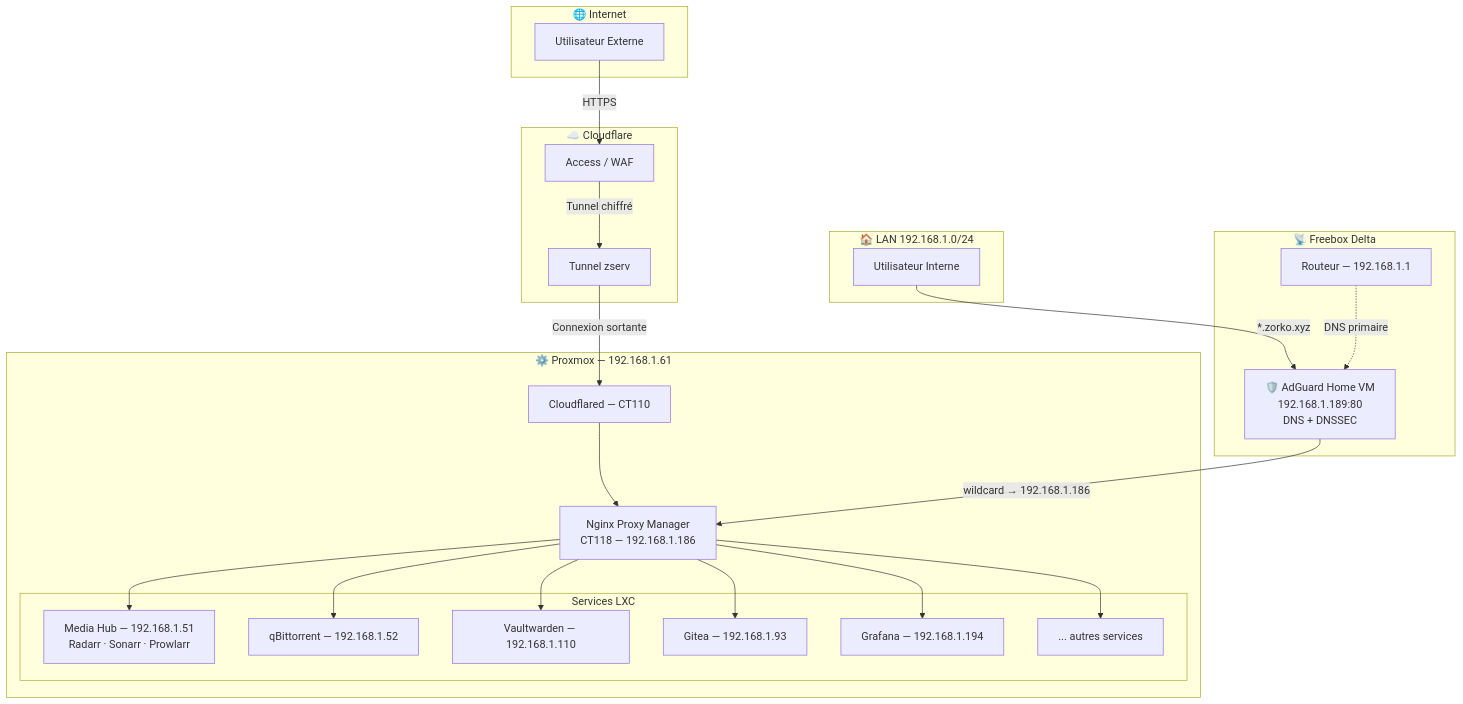
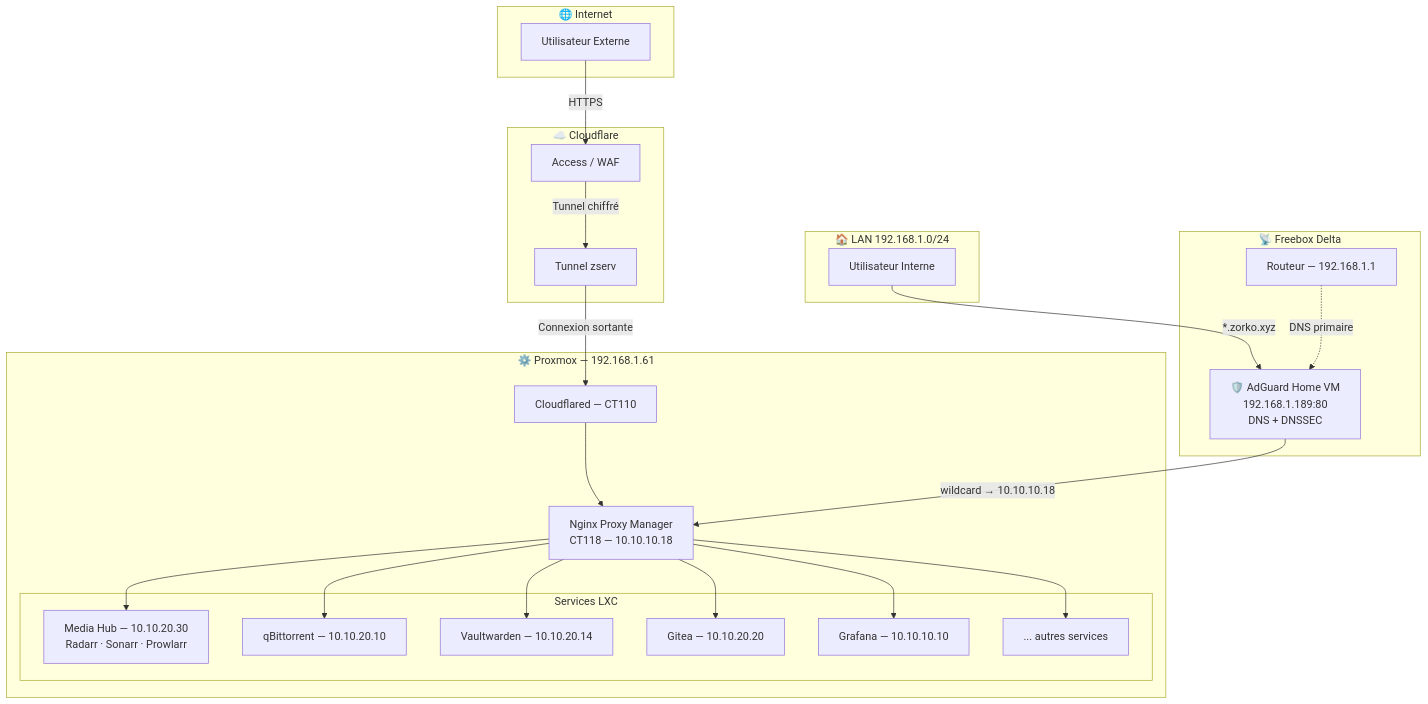
Before and after one commit to Kyworn/ZorkoLab: the diagram in architecture/network.md, drawn with Mermaid. The commit also changed other lines of this file and 6 other files, not shown here.

Commit message:
docs: update container IPs across all architectural documents

````diff
--- a/architecture/network.md
+++ b/architecture/network.md
@@ -7,50 +7,50 @@
 ```mermaid
 graph TD
     subgraph INTERNET["🌐 Internet"]
         U_EXT[Utilisateur Externe]
     end
 
     subgraph LAN["🏠 LAN 192.168.1.0/24"]
         U_INT[Utilisateur Interne]
     end
 
     subgraph CF["☁️ Cloudflare"]
         CF_ACCESS[Access / WAF]
         CF_TUNNEL[Tunnel zserv]
     end
 
     subgraph FBX["📡 Freebox Delta"]
         ROUTER[Routeur — 192.168.1.1]
         AG_VM[🛡️ AdGuard Home VM<br/>192.168.1.189:80<br/>DNS + DNSSEC]
     end
 
     subgraph PVE["⚙️ Proxmox — 192.168.1.61"]
         CT110[Cloudflared — CT110]
-        CT118[Nginx Proxy Manager<br/>CT118 — 192.168.1.186]
+        CT118[Nginx Proxy Manager<br/>CT118 — 10.10.10.18]
 
         subgraph SERVICES["Services LXC"]
-            CT130[Media Hub — 192.168.1.51<br/>Radarr · Sonarr · Prowlarr]
-            CT104[qBittorrent — 192.168.1.52]
-            CT114[Vaultwarden — 192.168.1.110]
-            CT120[Gitea — 192.168.1.93]
-            CT115[Grafana — 192.168.1.194]
+            CT130[Media Hub — 10.10.20.30<br/>Radarr · Sonarr · Prowlarr]
+            CT104[qBittorrent — 10.10.20.10]
+            CT114[Vaultwarden — 10.10.20.14]
+            CT120[Gitea — 10.10.20.20]
+            CT115[Grafana — 10.10.10.10]
             CT_AUTRES[... autres services]
         end
     end
 
     %% Flux externe via Cloudflare
     U_EXT -->|HTTPS| CF_ACCESS
     CF_ACCESS -->|Tunnel chiffré| CF_TUNNEL
     CF_TUNNEL -->|Connexion sortante| CT110
     CT110 --> CT118
 
     %% Flux interne via NPM
     U_INT -->|"*.zorko.xyz"| AG_VM
-    AG_VM -->|"wildcard → 192.168.1.186"| CT118
+    AG_VM -->|"wildcard → 10.10.10.18"| CT118
 
     %% Routage NPM
     CT118 --> CT130 & CT104 & CT114 & CT120 & CT115 & CT_AUTRES
 
     %% DNS Freebox → AdGuard
     ROUTER -.DNS primaire.-> AG_VM
 ```
````
